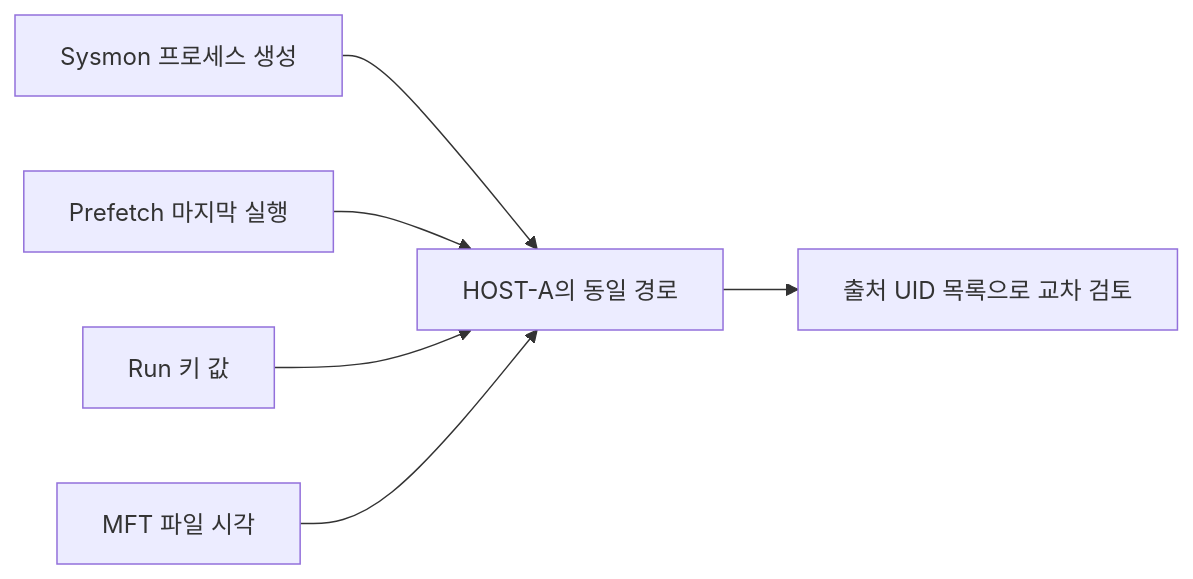
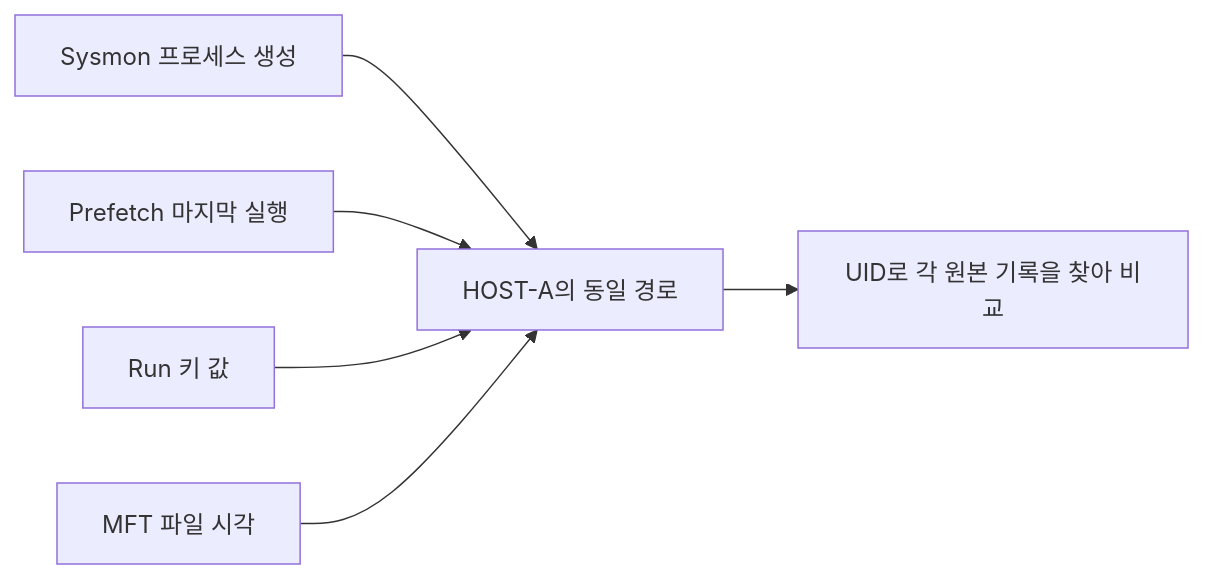
The diagram in 13-python-automate/13-7-spreadsheet-report-project.md (zxz3650/Python), drawn with Mermaid before and after one commit. The commit also changed other lines of this file and 13 other files, not shown here.

````diff
--- a/13-python-automate/13-7-spreadsheet-report-project.md
+++ b/13-python-automate/13-7-spreadsheet-report-project.md
@@ -40,8 +42,8 @@
 ```mermaid
 flowchart LR
     A["Sysmon 프로세스 생성"] --> P["HOST-A의 동일 경로"]
     B["Prefetch 마지막 실행"] --> P
     C["Run 키 값"] --> P
     D["MFT 파일 시각"] --> P
-    P --> E["출처 UID 목록으로 교차 검토"]
+    P --> E["UID로 각 원본 기록을 찾아 비교"]
 ```
````
